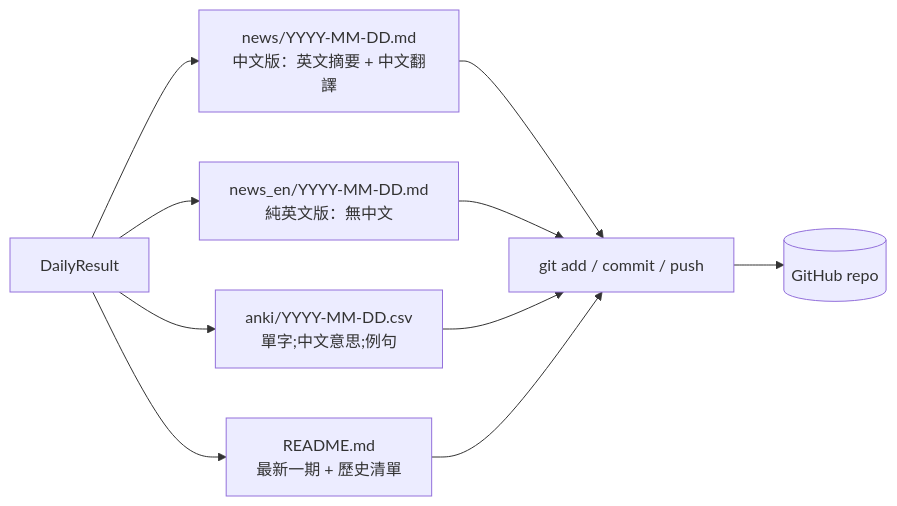
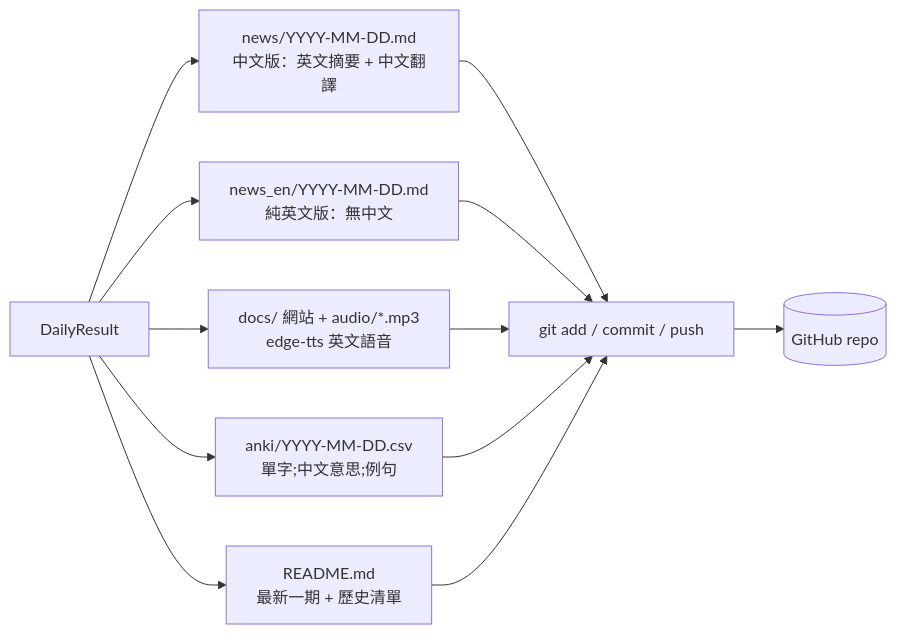
Before and after one commit to qsceszwdvrdx/en_news: the fifth of 5 diagrams in HOW_IT_WORKS.md, drawn with Mermaid. The commit also changed other lines of this file, not shown here.

Commit message:
Docs: audio and site

````diff
--- a/HOW_IT_WORKS.md
+++ b/HOW_IT_WORKS.md
@@ -110,9 +110,10 @@
 ```mermaid
 flowchart LR
     R[DailyResult] --> M[news/YYYY-MM-DD.md<br/>中文版：英文摘要 + 中文翻譯]
     R --> E[news_en/YYYY-MM-DD.md<br/>純英文版：無中文]
+    R --> W[docs/ 網站 + audio/*.mp3<br/>edge-tts 英文語音]
     R --> A[anki/YYYY-MM-DD.csv<br/>單字;中文意思;例句]
     R --> RD[README.md<br/>最新一期 + 歷史清單]
-    M & E & A & RD --> G[git add / commit / push]
+    M & E & W & A & RD --> G[git add / commit / push]
     G --> REPO[(GitHub repo)]
 ```
````
